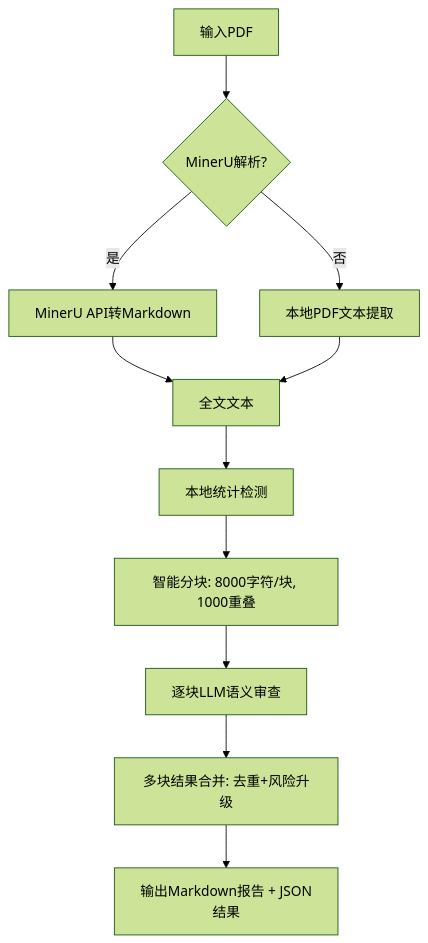
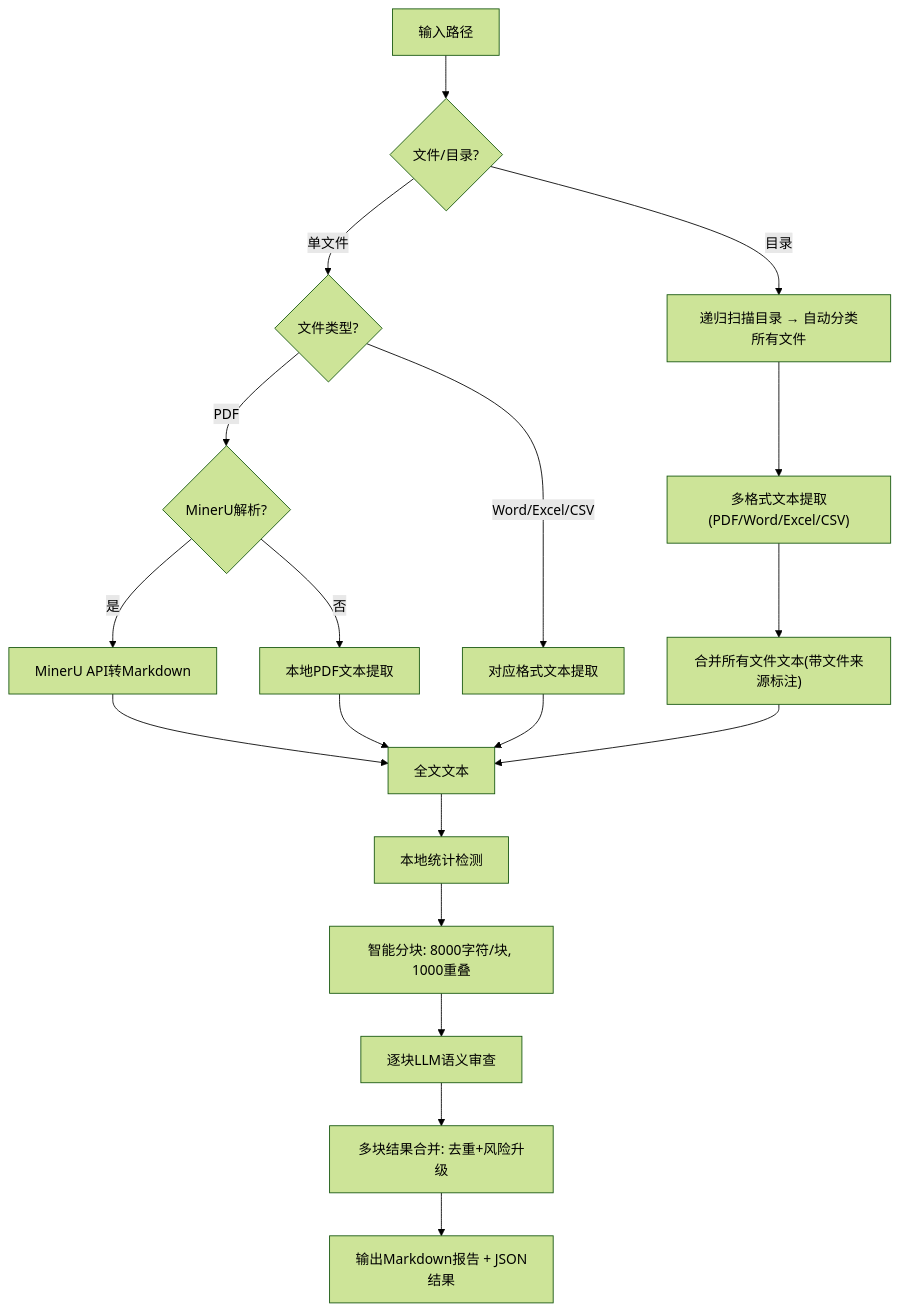
Before and after one commit to greenflute/BevalZ-Veritas: the diagram in README.md, drawn with Mermaid (forest theme). The commit also changed other lines of this file and 2 other files, not shown here.

First line of the commit message:
feat: HTML报告输出+AI图片检测+LINUX DO社区鸣谢

````diff
--- a/README.md
+++ b/README.md
@@ -138,13 +167,21 @@
 ```mermaid
 graph TD
-    A["输入PDF"] --> B{"MinerU解析?"}
-    B -->|是| C["MinerU API转Markdown"]
-    B -->|否| D["本地PDF文本提取"]
-    C --> E["全文文本"]
-    D --> E
-    E --> F["本地统计检测"]
-    F --> G["智能分块: 8000字符/块, 1000重叠"]
-    G --> H["逐块LLM语义审查"]
-    H --> I["多块结果合并: 去重+风险升级"]
-    I --> J["输出Markdown报告 + JSON结果"]
+    A["输入路径"] --> B{"文件/目录?"}
+    B -->|目录| C["递归扫描目录 → 自动分类所有文件"]
+    C --> D["多格式文本提取(PDF/Word/Excel/CSV)"]
+    D --> E["合并所有文件文本(带文件来源标注)"]
+    B -->|单文件| F{"文件类型?"}
+    F -->|PDF| G{"MinerU解析?"}
+    G -->|是| H["MinerU API转Markdown"]
+    G -->|否| I["本地PDF文本提取"]
+    F -->|Word/Excel/CSV| J["对应格式文本提取"]
+    H --> K["全文文本"]
+    I --> K
+    J --> K
+    E --> K
+    K --> L["本地统计检测"]
+    L --> M["智能分块: 8000字符/块, 1000重叠"]
+    M --> N["逐块LLM语义审查"]
+    N --> O["多块结果合并: 去重+风险升级"]
+    O --> P["输出Markdown报告 + JSON结果"]
 ```
````
